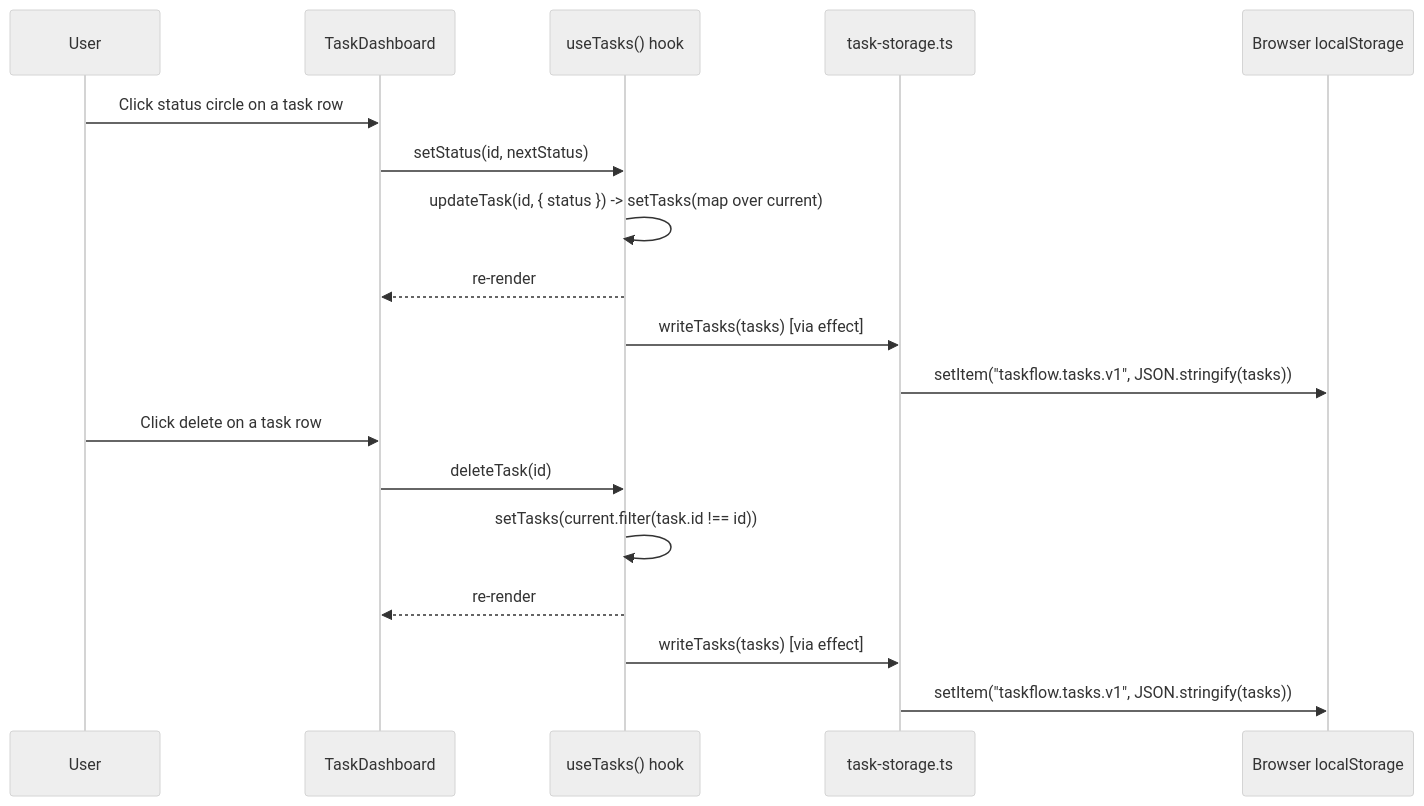
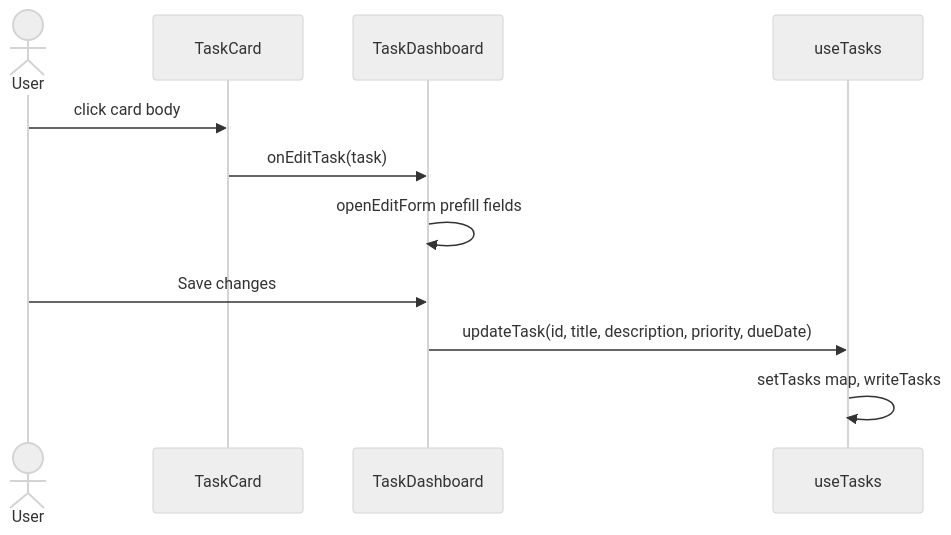
The fourth of 4 diagrams in aidlc/spaces/default/codekb/taskflow-nextjs/architecture.md (isrikanthchintu/taskflow-nextjs), drawn with Mermaid (neutral theme) before and after one commit. The commit also changed other lines of this file and 272 other files, not shown here.

````diff
--- a/aidlc/spaces/default/codekb/taskflow-nextjs/architecture.md
+++ b/aidlc/spaces/default/codekb/taskflow-nextjs/architecture.md
@@ -114,22 +108,13 @@
 ```mermaid
 sequenceDiagram
-    participant User
-    participant TaskDashboard
-    participant useTasks as useTasks() hook
-    participant TaskStorage as task-storage.ts
-    participant LocalStorage as Browser localStorage
-
-    User->>TaskDashboard: Click status circle on a task row
-    TaskDashboard->>useTasks: setStatus(id, nextStatus)
-    useTasks->>useTasks: updateTask(id, { status }) -> setTasks(map over current)
-    useTasks-->>TaskDashboard: re-render
-    useTasks->>TaskStorage: writeTasks(tasks) [via effect]
-    TaskStorage->>LocalStorage: setItem("taskflow.tasks.v1", JSON.stringify(tasks))
-
-    User->>TaskDashboard: Click delete on a task row
-    TaskDashboard->>useTasks: deleteTask(id)
-    useTasks->>useTasks: setTasks(current.filter(task.id !== id))
-    useTasks-->>TaskDashboard: re-render
-    useTasks->>TaskStorage: writeTasks(tasks) [via effect]
-    TaskStorage->>LocalStorage: setItem("taskflow.tasks.v1", JSON.stringify(tasks))
+  actor User
+  participant Card as TaskCard
+  participant Dash as TaskDashboard
+  participant Hook as useTasks
+  User->>Card: click card body
+  Card->>Dash: onEditTask(task)
+  Dash->>Dash: openEditForm prefill fields
+  User->>Dash: Save changes
+  Dash->>Hook: updateTask(id, title, description, priority, dueDate)
+  Hook->>Hook: setTasks map, writeTasks
 ```
````
